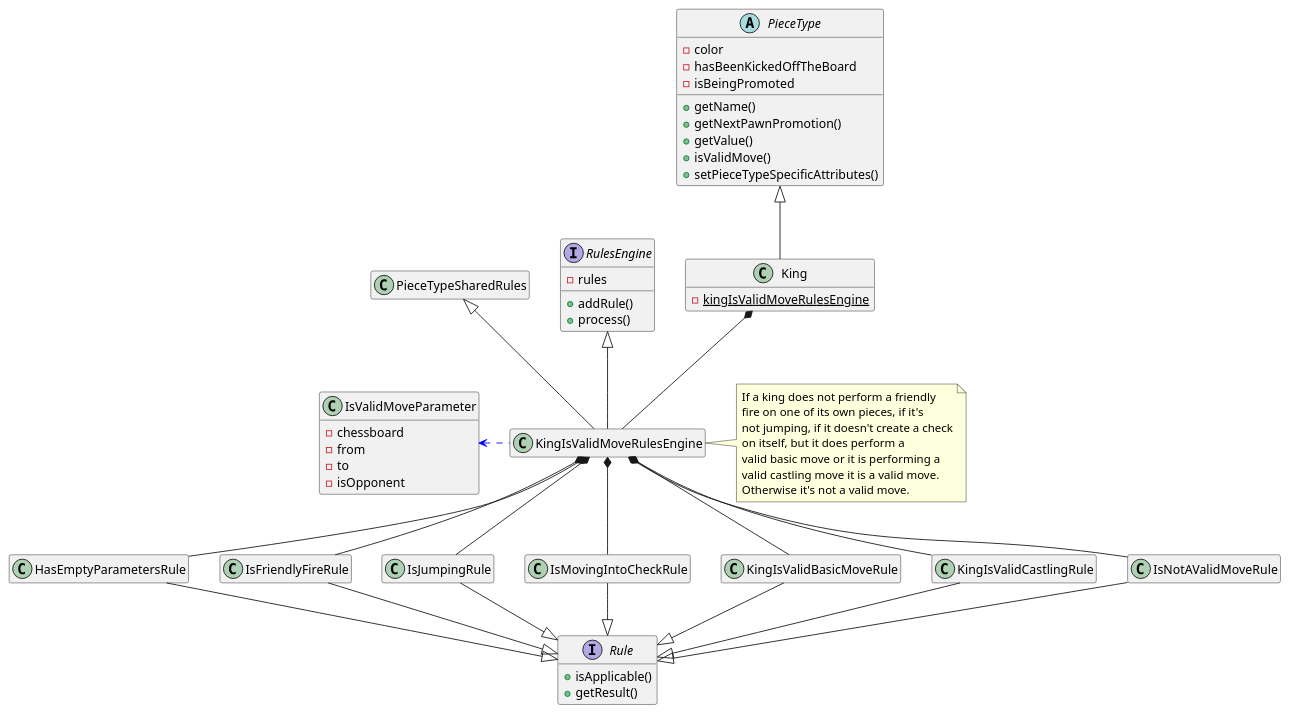
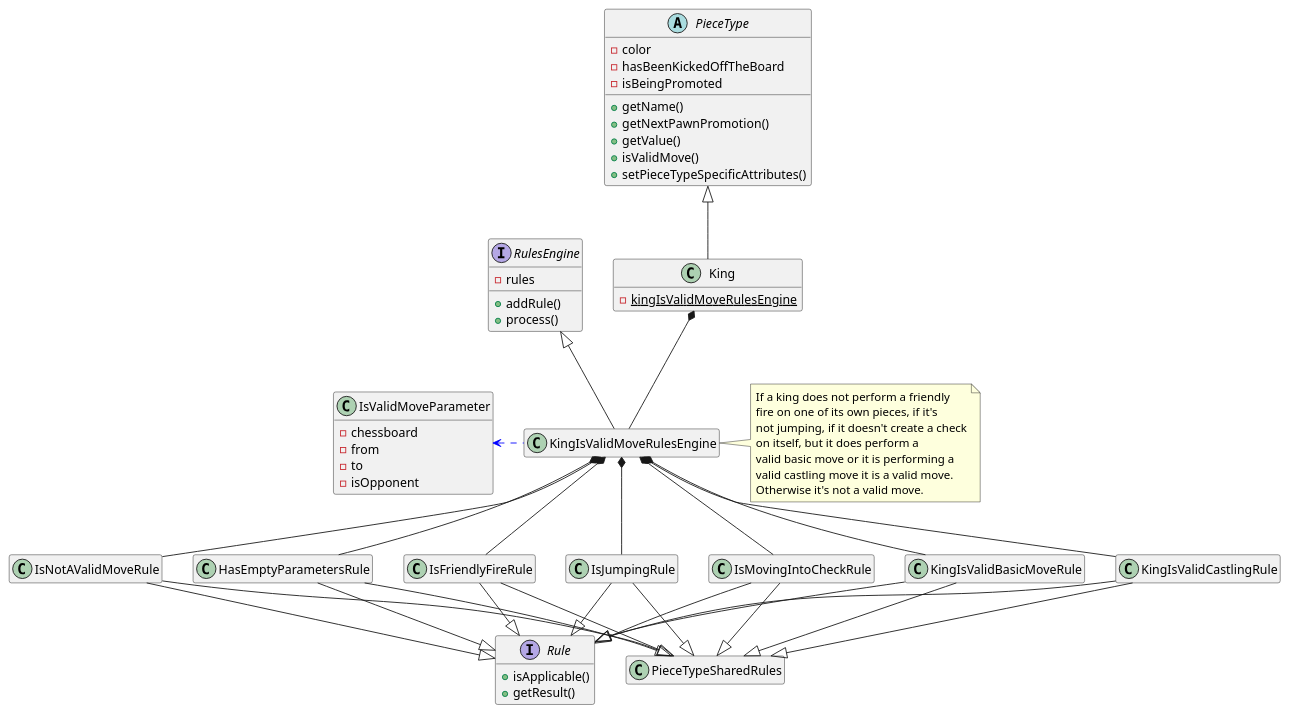
One commit to tiktaalick/chess-with-database changed the diagram in game/src/main/resources/uml/king.puml. Above: the diagram before and after it, drawn with PlantUML. The commit also changed 6 other files, not shown here.

Commit message:
Small changes to the class diagrams.

```diff
--- a/game/src/main/resources/uml/king.puml
+++ b/game/src/main/resources/uml/king.puml
@@ -1,80 +1,90 @@
 @startuml
 
 '--------------'
 'Hidden members'
 '--------------'
 hide empty members
 
 '----'
 'Move'
 '----'
 abstract class PieceType {
     - color
     - hasBeenKickedOffTheBoard
     - isBeingPromoted
     + getName()
     + getNextPawnPromotion()
     + getValue()
     + isValidMove()
     + setPieceTypeSpecificAttributes()
 }
 
 class King {
     - {static} kingIsValidMoveRulesEngine
 }
 
 class IsValidMoveParameter {
     - chessboard
     - from
     - to
     - isOpponent
 }
 
 interface RulesEngine {
     - rules
     + addRule()
     + process()
 }
 
 interface Rule {
     + isApplicable()
     + getResult()
 }
 
 '---------'
 'Relations'
 '---------'
 PieceType <|-down- King
 King *-- KingIsValidMoveRulesEngine
+
 KingIsValidMoveRulesEngine -up-|> RulesEngine
-KingIsValidMoveRulesEngine -up-|> PieceTypeSharedRules
 KingIsValidMoveRulesEngine .left[#blue].> IsValidMoveParameter
+
 HasEmptyParametersRule -up-* KingIsValidMoveRulesEngine
 IsFriendlyFireRule -up-* KingIsValidMoveRulesEngine
 IsJumpingRule -up-* KingIsValidMoveRulesEngine
 IsMovingIntoCheckRule -up-* KingIsValidMoveRulesEngine
 KingIsValidBasicMoveRule -up-* KingIsValidMoveRulesEngine
 KingIsValidCastlingRule -up-* KingIsValidMoveRulesEngine
 IsNotAValidMoveRule -up-* KingIsValidMoveRulesEngine
+
 HasEmptyParametersRule --|> Rule
 IsFriendlyFireRule --|> Rule
 IsJumpingRule --|> Rule
 IsMovingIntoCheckRule --|> Rule
 KingIsValidBasicMoveRule --|> Rule
 KingIsValidCastlingRule --|> Rule
 IsNotAValidMoveRule --|> Rule
+
+HasEmptyParametersRule -down-|> PieceTypeSharedRules
+IsFriendlyFireRule -down-|> PieceTypeSharedRules
+IsJumpingRule -down-|> PieceTypeSharedRules
+IsMovingIntoCheckRule -down-|> PieceTypeSharedRules
+KingIsValidBasicMoveRule -down-|> PieceTypeSharedRules
+KingIsValidCastlingRule --|> PieceTypeSharedRules
+IsNotAValidMoveRule -down-|> PieceTypeSharedRules
 
 '-----'
 'Notes'
 '-----'
 note right of KingIsValidMoveRulesEngine {
     If a king does not perform a friendly
     fire on one of its own pieces, if it's
     not jumping, if it doesn't create a check
     on itself, but it does perform a
     valid basic move or it is performing a
     valid castling move it is a valid move.
     Otherwise it's not a valid move.
 }
 
 @enduml
```
